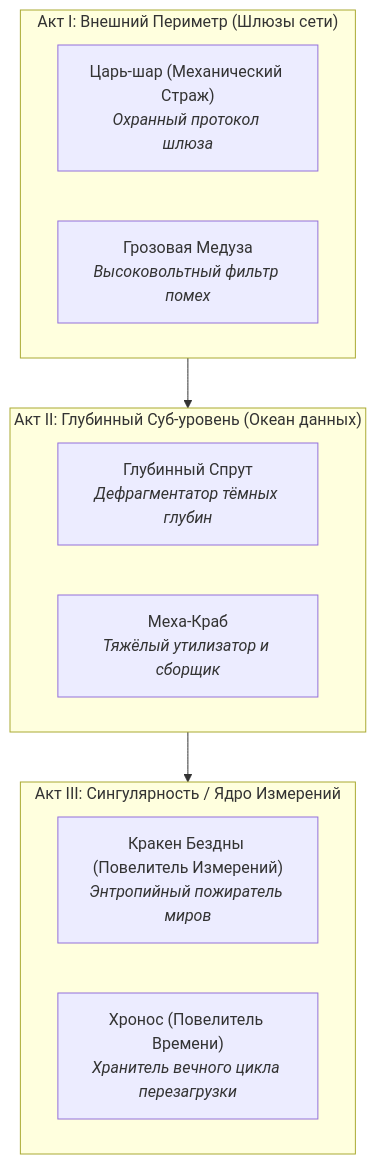
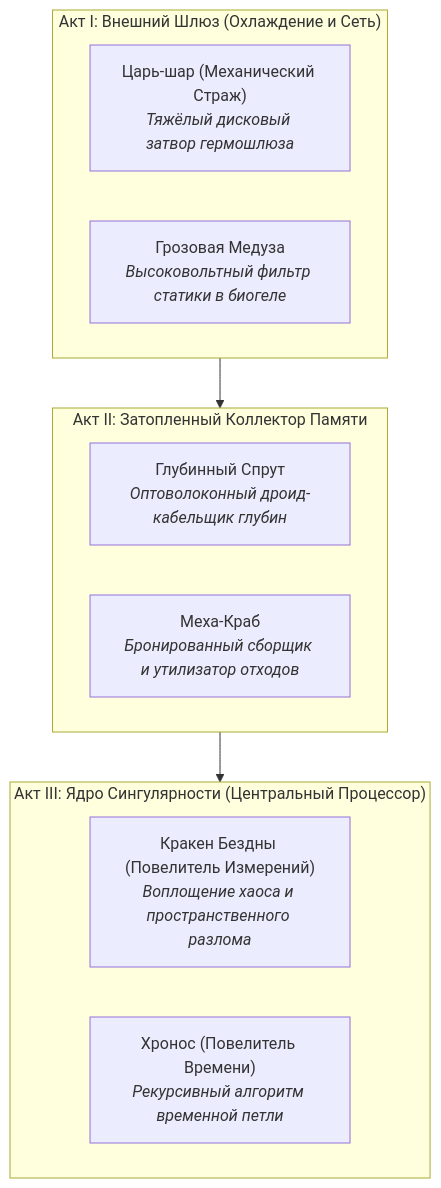
The diagram in docs/LORE_AND_EXPANSION_IDEAS.md (Hakonator/SharoBoy), drawn with Mermaid before and after one commit. The commit also changed other lines of this file and 2 other files, not shown here.

````diff
--- a/docs/LORE_AND_EXPANSION_IDEAS.md
+++ b/docs/LORE_AND_EXPANSION_IDEAS.md
@@ -26,19 +88,19 @@
 ```mermaid
 flowchart TD
-    subgraph Act1["Акт I: Внешний Периметр (Шлюзы сети)"]
-        King["Царь-шар (Механический Страж)<br/><i>Охранный протокол шлюза</i>"]
-        Jelly["Грозовая Медуза<br/><i>Высоковольтный фильтр помех</i>"]
+    subgraph Act1["Акт I: Внешний Шлюз (Охлаждение и Сеть)"]
+        King["Царь-шар (Механический Страж)<br/><i>Тяжёлый дисковый затвор гермошлюза</i>"]
+        Jelly["Грозовая Медуза<br/><i>Высоковольтный фильтр статики в биогеле</i>"]
     end
 
-    subgraph Act2["Акт II: Глубинный Суб-уровень (Океан данных)"]
-        Octopus["Глубинный Спрут<br/><i>Дефрагментатор тёмных глубин</i>"]
-        Crab["Меха-Краб<br/><i>Тяжёлый утилизатор и сборщик</i>"]
+    subgraph Act2["Акт II: Затопленный Коллектор Памяти"]
+        Octopus["Глубинный Спрут<br/><i>Оптоволоконный дроид-кабельщик глубин</i>"]
+        Crab["Меха-Краб<br/><i>Бронированный сборщик и утилизатор отходов</i>"]
     end
 
-    subgraph Act3["Акт III: Сингулярность / Ядро Измерений"]
-        Kraken["Кракен Бездны (Повелитель Измерений)<br/><i>Энтропийный пожиратель миров</i>"]
-        Chrono["Хронос (Повелитель Времени)<br/><i>Хранитель вечного цикла перезагрузки</i>"]
+    subgraph Act3["Акт III: Ядро Сингулярности (Центральный Процессор)"]
+        Kraken["Кракен Бездны (Повелитель Измерений)<br/><i>Воплощение хаоса и пространственного разлома</i>"]
+        Chrono["Хронос (Повелитель Времени)<br/><i>Рекурсивный алгоритм временной петли</i>"]
     end
 
     Act1 --> Act2 --> Act3
 ```
````
